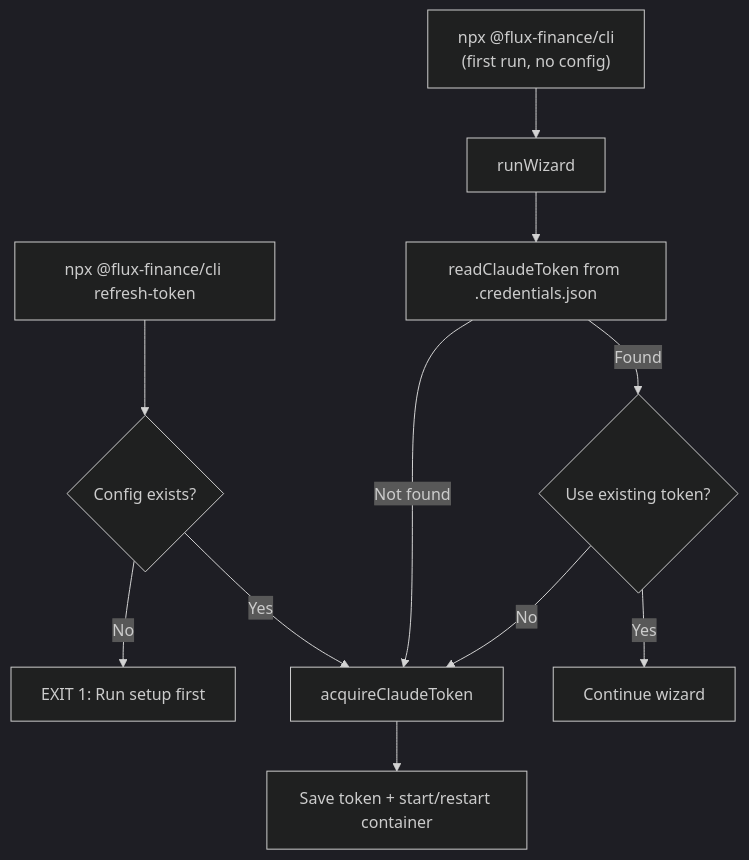
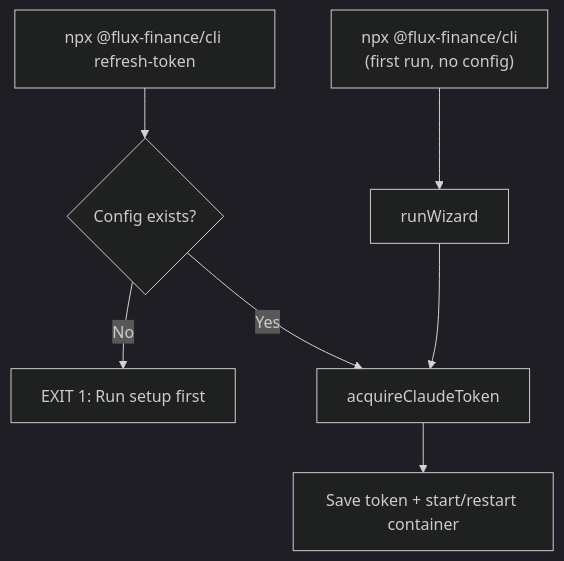
The first of 3 diagrams in packages/cli/README.md (vukhanhtruong/flux), drawn with Mermaid (dark theme) before and after one commit. The commit also changed 2 other files, not shown here.

Commit message:
refactor(cli): remove legacy readClaudeToken check from wizard
The wizard now goes straight to acquireClaudeToken() instead of first
checking .credentials.json for an existing token. This eliminates the
confusing "Use existing Claude token?" prompt that appeared even though
setup-token doesn't write to .credentials.json.

````diff
--- a/packages/cli/README.md
+++ b/packages/cli/README.md
@@ -35,13 +35,9 @@
 ```mermaid
 flowchart TD
     A["npx @flux-finance/cli<br/>(first run, no config)"] --> B[runWizard]
     C["npx @flux-finance/cli refresh-token"] --> D{Config exists?}
     D -- No --> E[EXIT 1: Run setup first]
     D -- Yes --> F[acquireClaudeToken]
-    B --> G[readClaudeToken from .credentials.json]
-    G -- Found --> H{Use existing token?}
-    G -- Not found --> F
-    H -- Yes --> I[Continue wizard]
-    H -- No --> F
-    F --> J[Save token + start/restart container]
+    B --> F
+    F --> G[Save token + start/restart container]
 ```
````
